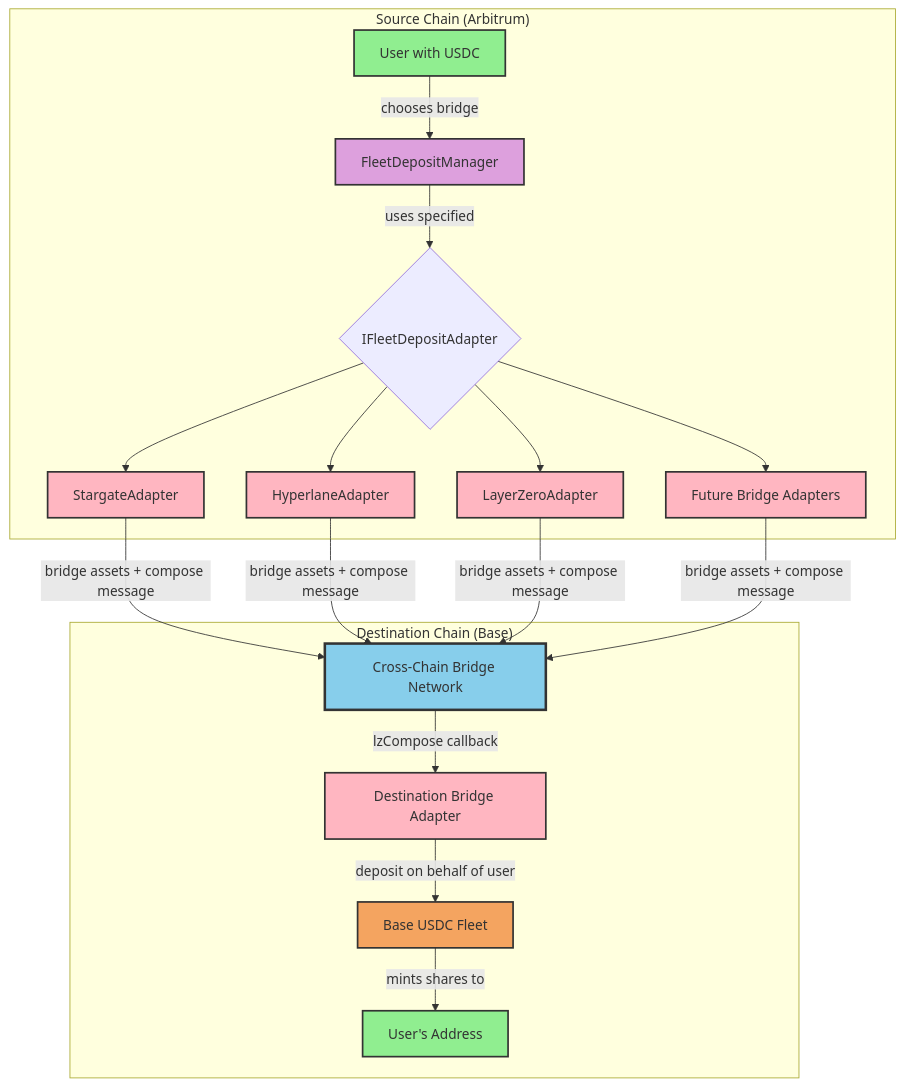
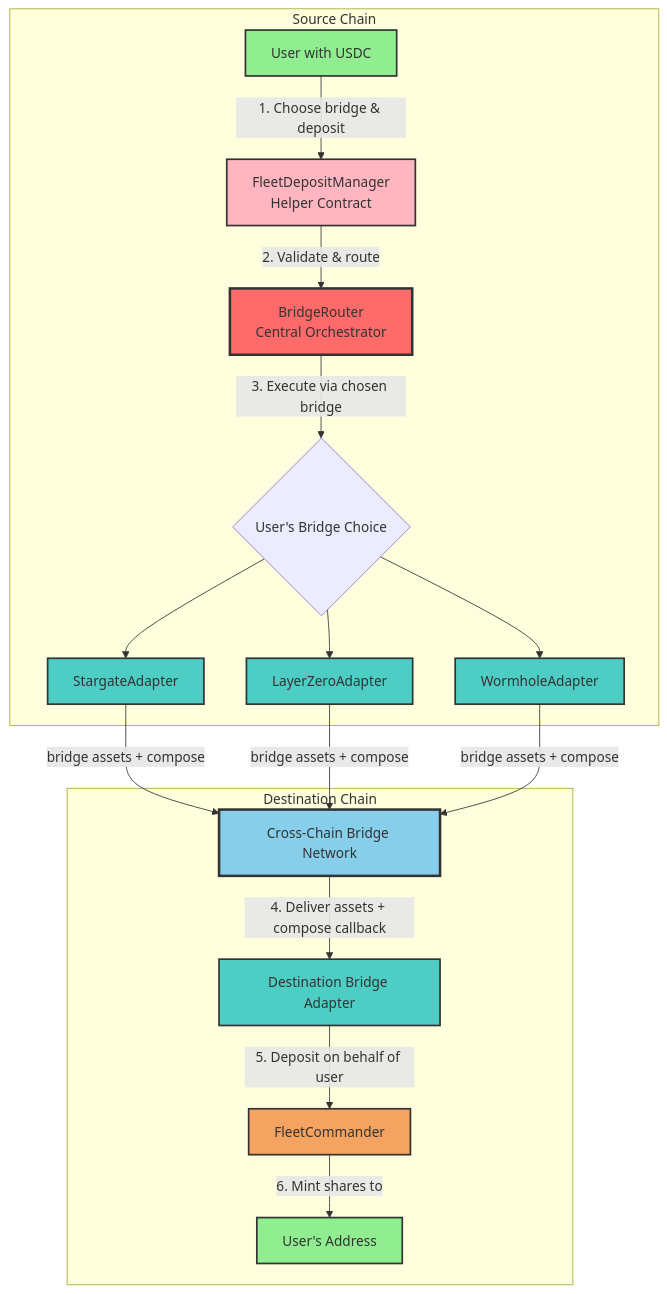
The first of 2 diagrams in packages/core-contracts/CROSS_CHAIN_FLEET_DEPOSITS.md (OasisDEX/summer-earn-protocol), drawn with Mermaid before and after one commit. The commit also changed other lines of this file, not shown here.

First line of the commit message:
docs: refine Cross-Chain Fleet Deposits implementation guide

````diff
--- a/packages/core-contracts/CROSS_CHAIN_FLEET_DEPOSITS.md
+++ b/packages/core-contracts/CROSS_CHAIN_FLEET_DEPOSITS.md
@@ -25,38 +22,39 @@
 ```mermaid
 graph TB
-    %% Source Chain (Arbitrum)
-    subgraph "Source Chain (Arbitrum)"
-        User[User with USDC] --> |chooses bridge| FleetDepositManager[FleetDepositManager]
-        FleetDepositManager --> |uses specified| IFleetDepositAdapter{IFleetDepositAdapter}
-        IFleetDepositAdapter --> StargateAdapter[StargateAdapter]
-        IFleetDepositAdapter --> HyperlaneAdapter[HyperlaneAdapter]
-        IFleetDepositAdapter --> LayerZeroAdapter[LayerZeroAdapter]
-        IFleetDepositAdapter --> FutureAdapter[Future Bridge Adapters]
+    %% Source Chain
+    subgraph "Source Chain"
+        User[User with USDC] --> |1. Choose bridge & deposit| FDM[FleetDepositManager<br/>Helper Contract]
+        FDM --> |2. Validate & route| BR[BridgeRouter<br/>Central Orchestrator]
+        BR --> |3. Execute via chosen bridge| Adapter{User's Bridge Choice}
+        Adapter --> SG[StargateAdapter]
+        Adapter --> LZ[LayerZeroAdapter]
+        Adapter --> HL[WormholeAdapter]
     end
     
     %% Cross-Chain Bridge
-    StargateAdapter --> |bridge assets + compose message| Bridge[Cross-Chain Bridge Network]
-    HyperlaneAdapter --> |bridge assets + compose message| Bridge
-    LayerZeroAdapter --> |bridge assets + compose message| Bridge
-    FutureAdapter --> |bridge assets + compose message| Bridge
+    SG --> |bridge assets + compose| Bridge[Cross-Chain Bridge Network]
+    LZ --> |bridge assets + compose| Bridge
+    HL --> |bridge assets + compose| Bridge
     
-    %% Destination Chain (Base)
-    subgraph "Destination Chain (Base)"
-        Bridge --> |lzCompose callback| DestAdapter[Destination Bridge Adapter]
-        DestAdapter --> |deposit on behalf of user| FleetCommander[Base USDC Fleet]
-        FleetCommander --> |mints shares to| ShareRecipient[User's Address]
+    %% Destination Chain
+    subgraph "Destination Chain"
+        Bridge --> |4. Deliver assets + compose callback| DestAdapter[Destination Bridge Adapter]
+        DestAdapter --> |5. Deposit on behalf of user| FleetCommander[FleetCommander]
+        FleetCommander --> |6. Mint shares to| ShareRecipient[User's Address]
     end
     
     %% Styling
     classDef userStyle fill:#90EE90,stroke:#333,stroke-width:2px
-    classDef managerStyle fill:#DDA0DD,stroke:#333,stroke-width:2px
-    classDef adapterStyle fill:#FFB6C1,stroke:#333,stroke-width:2px
+    classDef helperStyle fill:#FFB6C1,stroke:#333,stroke-width:2px
+    classDef orchestratorStyle fill:#FF6B6B,stroke:#333,stroke-width:3px
+    classDef adapterStyle fill:#4ECDC4,stroke:#333,stroke-width:2px
     classDef bridgeStyle fill:#87CEEB,stroke:#333,stroke-width:3px
     classDef fleetStyle fill:#F4A460,stroke:#333,stroke-width:2px
     
     class User,ShareRecipient userStyle
-    class FleetDepositManager managerStyle
-    class StargateAdapter,HyperlaneAdapter,LayerZeroAdapter,FutureAdapter,DestAdapter adapterStyle
+    class FDM helperStyle
+    class BR orchestratorStyle
+    class SG,LZ,HL,DestAdapter adapterStyle
     class Bridge bridgeStyle
     class FleetCommander fleetStyle
 ```
````
